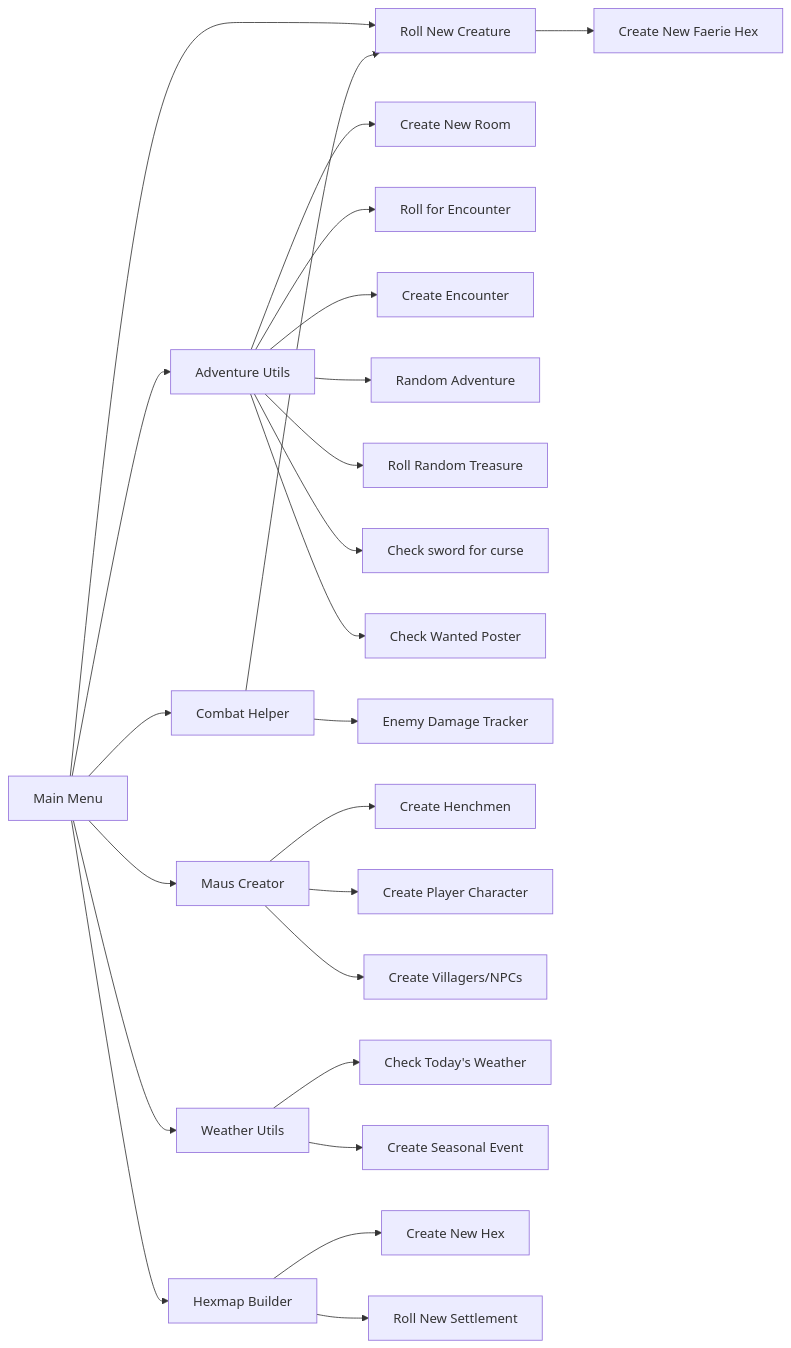
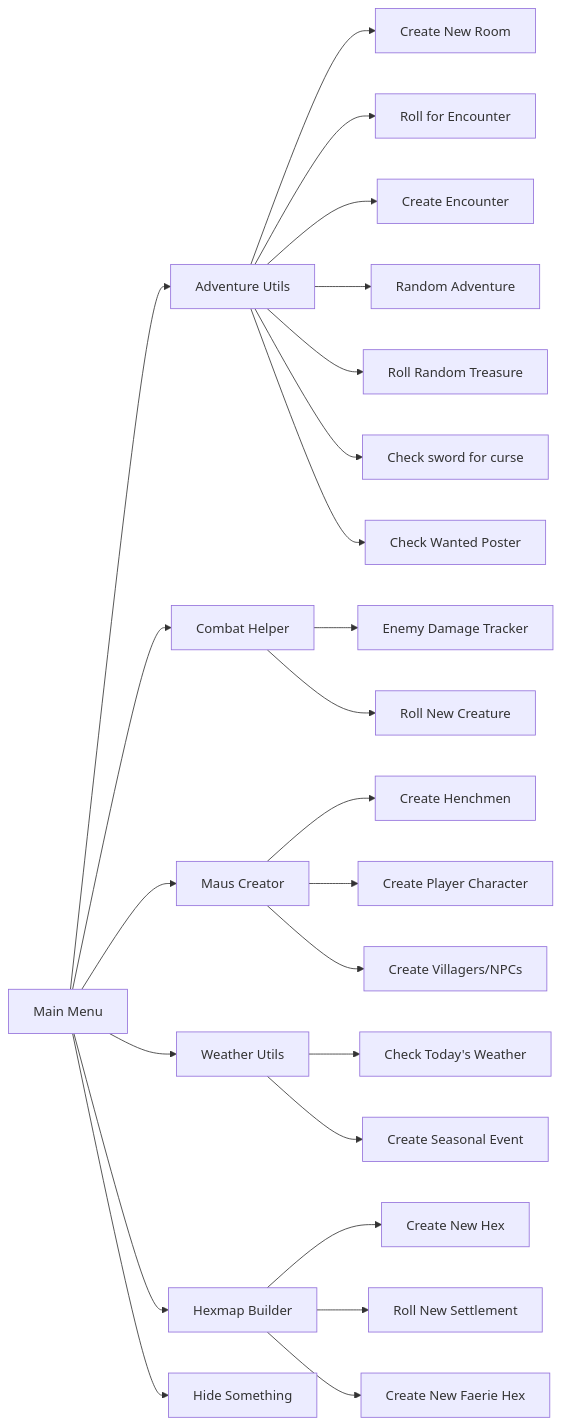
One commit to barry4356/rpg_helpers_python changed the diagram in README.md. Above: the diagram before and after it, drawn with Mermaid.

````diff
--- a/README.md
+++ b/README.md
@@ -15,26 +15,26 @@
 ```mermaid
 flowchart LR
   A[Main Menu] --> B[Adventure Utils]
   A --> C[Combat Helper]
   A --> D[Maus Creator]
   A --> E[Weather Utils]
   A --> F[Hexmap Builder]
   A --> V[Hide Something]
   B --> G[Create New Room]
   B --> H[Roll for Encounter]
   B --> I[Create Encounter]
   B --> J[Random Adventure]
   B --> K[Roll Random Treasure]
   B --> L[Check sword for curse]
   B --> M[Check Wanted Poster]
   C --> N[Enemy Damage Tracker]
-  C --> V[Roll New Creature]
+  C --> W[Roll New Creature]
   D --> O[Create Henchmen]
   D --> P[Create Player Character]
   D --> Q[Create Villagers/NPCs]
   E --> R[Check Today's Weather]
   E --> S[Create Seasonal Event]
   F --> T[Create New Hex]
   F --> U[Roll New Settlement]
-  V --> W[Create New Faerie Hex]
+  F --> X[Create New Faerie Hex]
 ```
````
